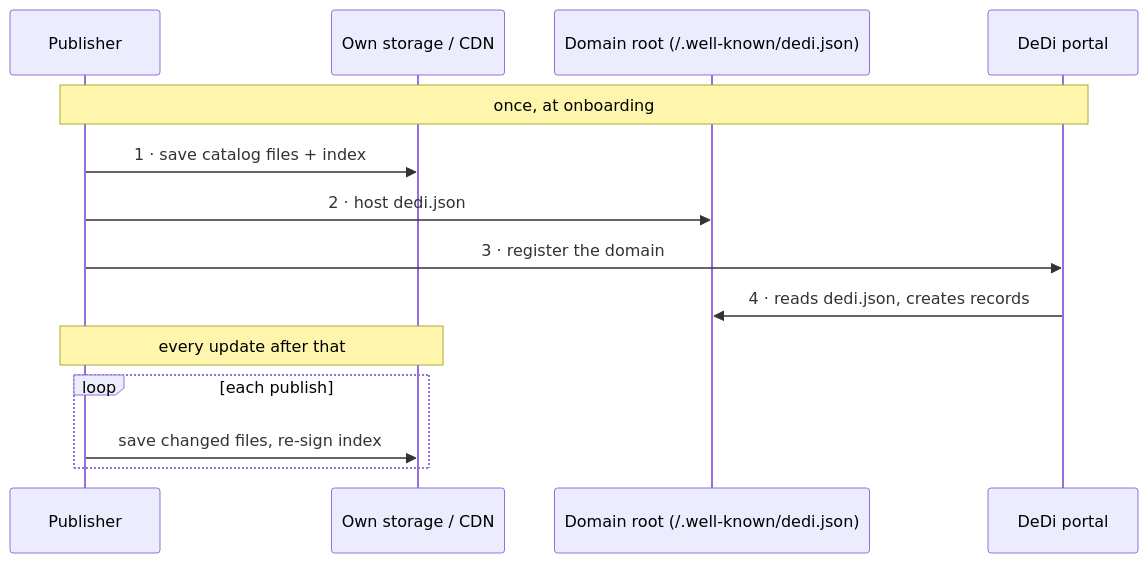
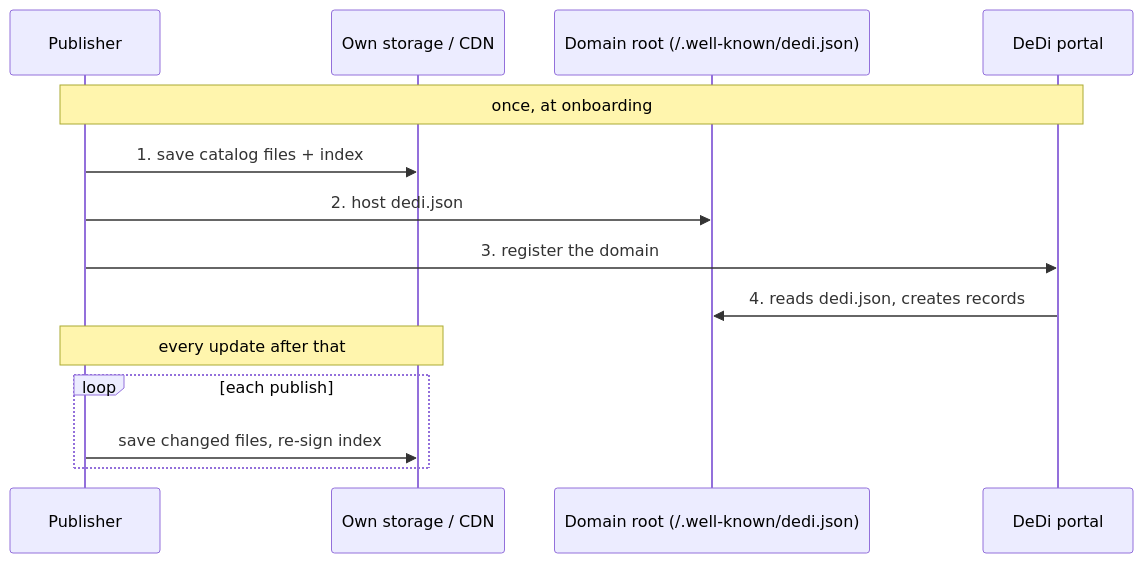
One commit to beckn/beckn-discovr changed the second of 5 diagrams in docs/decentralized-catalog/decentralized-catalog-design-and-spec.md. Above: the diagram before and after it, drawn with Mermaid. The commit also changed other lines of this file, not shown here.

First line of the commit message:
docs(decentralized-catalog): fix list formatting, drop §/·/→ symbols, show networkIds in index example

````diff
--- a/docs/decentralized-catalog/decentralized-catalog-design-and-spec.md
+++ b/docs/decentralized-catalog/decentralized-catalog-design-and-spec.md
@@ -127,16 +137,16 @@
 ```mermaid
 sequenceDiagram
   participant P as Publisher
   participant S as Own storage / CDN
   participant W as Domain root (/.well-known/dedi.json)
   participant D as DeDi portal
   Note over P,D: once, at onboarding
-  P->>S: 1 · save catalog files + index
-  P->>W: 2 · host dedi.json
-  P->>D: 3 · register the domain
-  D->>W: 4 · reads dedi.json, creates records
+  P->>S: 1. save catalog files + index
+  P->>W: 2. host dedi.json
+  P->>D: 3. register the domain
+  D->>W: 4. reads dedi.json, creates records
   Note over P,S: every update after that
   loop each publish
     P->>S: save changed files, re-sign index
   end
 ```
````
